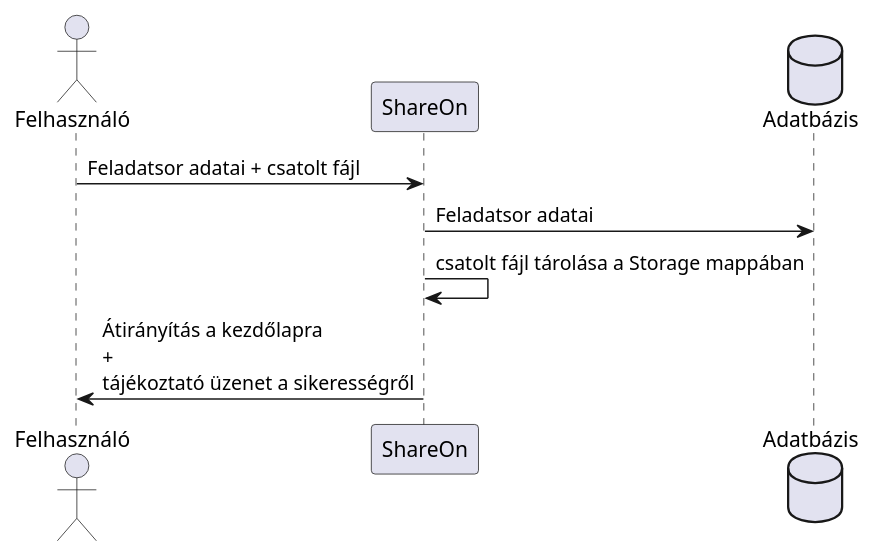
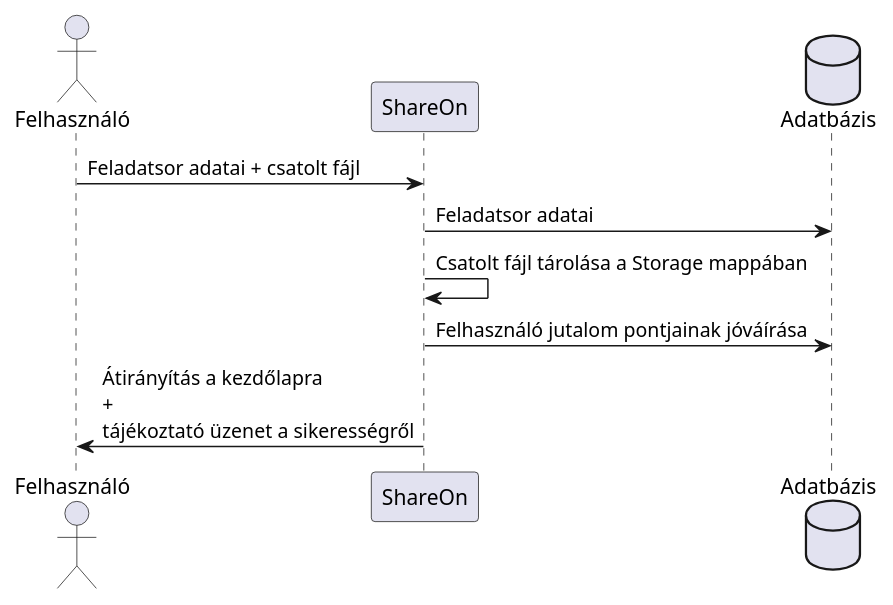
One commit to SDori-okt/szakdoga changed the diagram in UML/upload.puml. Above: the diagram before and after it, drawn with PlantUML.

Commit message:
Upload UML

```diff
--- a/UML/upload.puml
+++ b/UML/upload.puml
@@ -1,12 +1,13 @@
 @startuml
 
 actor Felhasználó as user
 participant ShareOn as site
 database Adatbázis as DB
 
 user->site: Feladatsor adatai + csatolt fájl
 site->DB: Feladatsor adatai
-site->site: csatolt fájl tárolása a Storage mappában
+site->site: Csatolt fájl tárolása a Storage mappában
+site->DB: Felhasználó jutalom pontjainak jóváírása
 site->user: Átirányítás a kezdőlapra\n+\ntájékoztató üzenet a sikerességről
 
 @enduml
```
